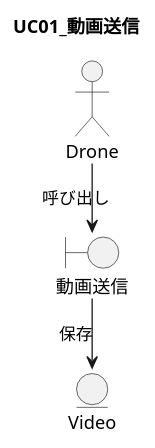
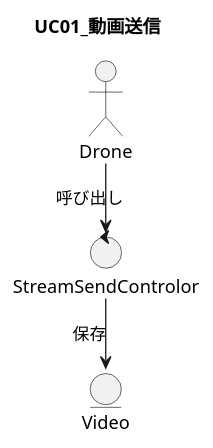
Before and after one commit to kazogihara/Spies: the diagram in 01_doc/05_Comunication_Diagram/uc01_動画送信_communication_diagram.wsd, drawn with PlantUML. The commit also changed other lines of this file and 5 other files, not shown here.

Commit message:
add architecture

```diff
--- a/01_doc/05_Comunication_Diagram/uc01_動画送信_communication_diagram.wsd
+++ b/01_doc/05_Comunication_Diagram/uc01_動画送信_communication_diagram.wsd
@@ -1,14 +3,14 @@
 @startuml UC01_動画送信
 title UC01_動画送信
 
 'Direction of diagram flow can be selected.
 left to right direction
 
 
 actor Drone
-boundary 動画送信
+control StreamSendControlor
 entity Video
 
-Drone -> 動画送信 : 呼び出し    
-動画送信 -> Video : 保存
+Drone -> StreamSendControlor : 呼び出し    
+StreamSendControlor -> Video : 保存
 @enduml
```
